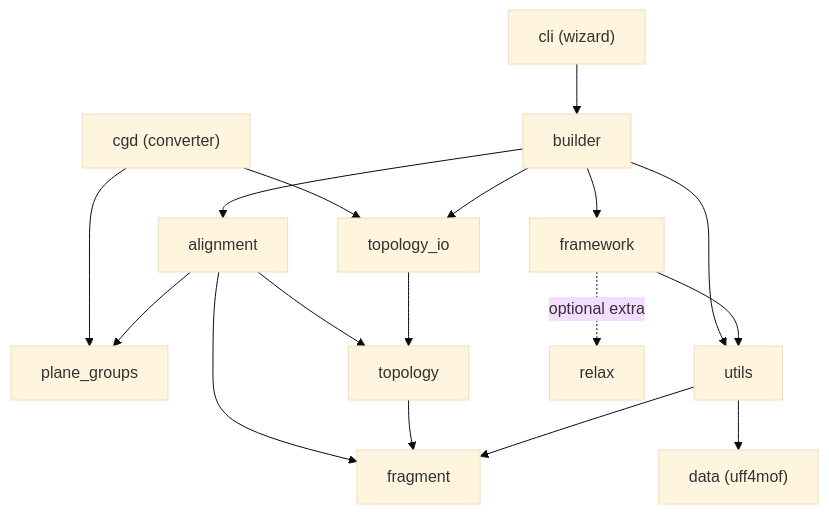
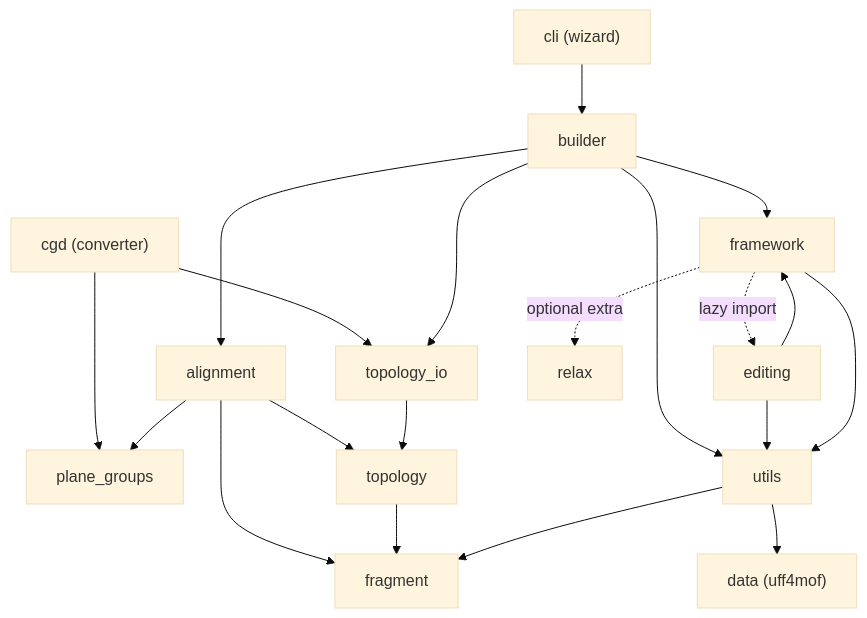
The third of 3 diagrams in README.md (DCoupry/autografs), drawn with Mermaid (base theme) before and after one commit. The commit also changed other lines of this file and 2 other files, not shown here.

First line of the commit message:
Docs for post-build editing; roadmap reaches 2.x parity

````diff
--- a/README.md
+++ b/README.md
@@ -352,19 +356,22 @@
 ```mermaid
 flowchart TD
     cli["cli  (wizard)"] --> builder
     cgd["cgd  (converter)"] --> plane_groups
     cgd --> topology_io
     builder --> alignment
     builder --> topology_io
     builder --> framework
     builder --> utils
+    framework -. "lazy import" .-> editing
+    editing --> framework
+    editing --> utils
     alignment --> fragment
     alignment --> topology
     alignment --> plane_groups
     topology --> fragment
     topology_io --> topology
     framework --> utils
     framework -. "optional extra" .-> relax
     utils --> fragment
     utils --> data["data  (uff4mof)"]
 ```
````
